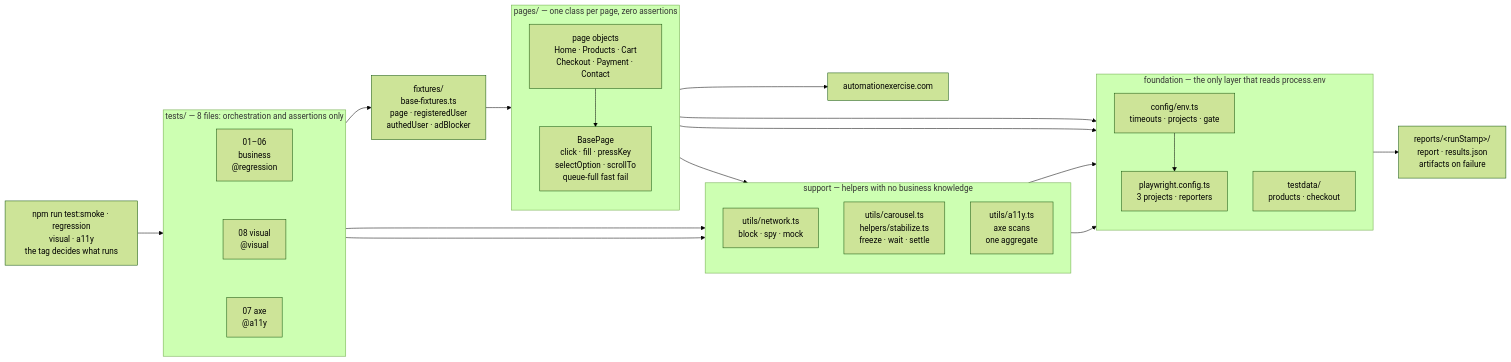
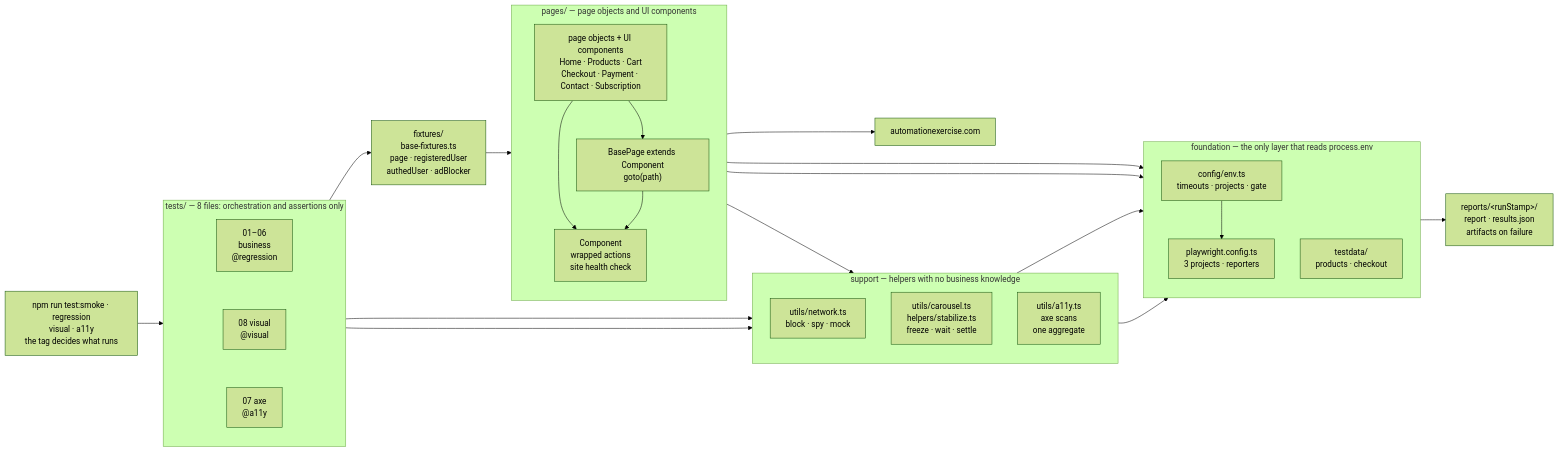
Before and after one commit to Jen-Zhou1/automationexercise-playwright: the diagram in capstone/architecture.md, drawn with Mermaid (forest theme). The commit also changed other lines of this file and 35 other files, not shown here.

````diff
--- a/capstone/architecture.md
+++ b/capstone/architecture.md
@@ -11,52 +11,55 @@
 ```mermaid
 flowchart LR
     Q["npm run test:smoke · regression<br/>visual · a11y<br/>the tag decides what runs"]
 
     subgraph TESTS["tests/ — 8 files: orchestration and assertions only"]
         direction TB
         A["01–06<br/>business<br/>@regression"]
         C["08 visual<br/>@visual"]
         D["07 axe<br/>@a11y"]
         A ~~~ C ~~~ D
     end
 
     FX["fixtures/<br/>base-fixtures.ts<br/>page · registeredUser<br/>authedUser · adBlocker"]
 
-    subgraph PAGES["pages/ — one class per page, zero assertions"]
+    subgraph PAGES["pages/ — page objects and UI components"]
         direction TB
-        PO["page objects<br/>Home · Products · Cart<br/>Checkout · Payment · Contact"]
-        BP["BasePage<br/>click · fill · pressKey<br/>selectOption · scrollTo<br/>queue-full fast fail"]
+        PO["page objects + UI components<br/>Home · Products · Cart<br/>Checkout · Payment · Contact · Subscription"]
+        BP["BasePage extends Component<br/>goto(path)"]
+        CP["Component<br/>wrapped actions<br/>site health check"]
     end
 
     subgraph SUP["support — helpers with no business knowledge"]
         direction TB
         S1["utils/network.ts<br/>block · spy · mock"]
         S2["utils/carousel.ts<br/>helpers/stabilize.ts<br/>freeze · wait · settle"]
         S3["utils/a11y.ts<br/>axe scans<br/>one aggregate"]
     end
 
     subgraph FOUND["foundation — the only layer that reads process.env"]
         direction TB
         E["config/env.ts<br/>timeouts · projects · gate"]
         P["playwright.config.ts<br/>3 projects · reporters"]
         TD["testdata/<br/>products · checkout"]
     end
 
     SITE["automationexercise.com"]
     OUT["reports/&lt;runStamp&gt;/<br/>report · results.json<br/>artifacts on failure"]
 
     Q --> TESTS
     TESTS --> FX
     FX --> PO
     PO --> BP
+    PO --> CP
+    BP --> CP
     PO --> S1
     PO --> TD
     C --> S2
     D --> S3
     BP --> E
     S1 --> E
     S3 --> E
     E --> P
     BP --> SITE
     P --> OUT
 ```
````
